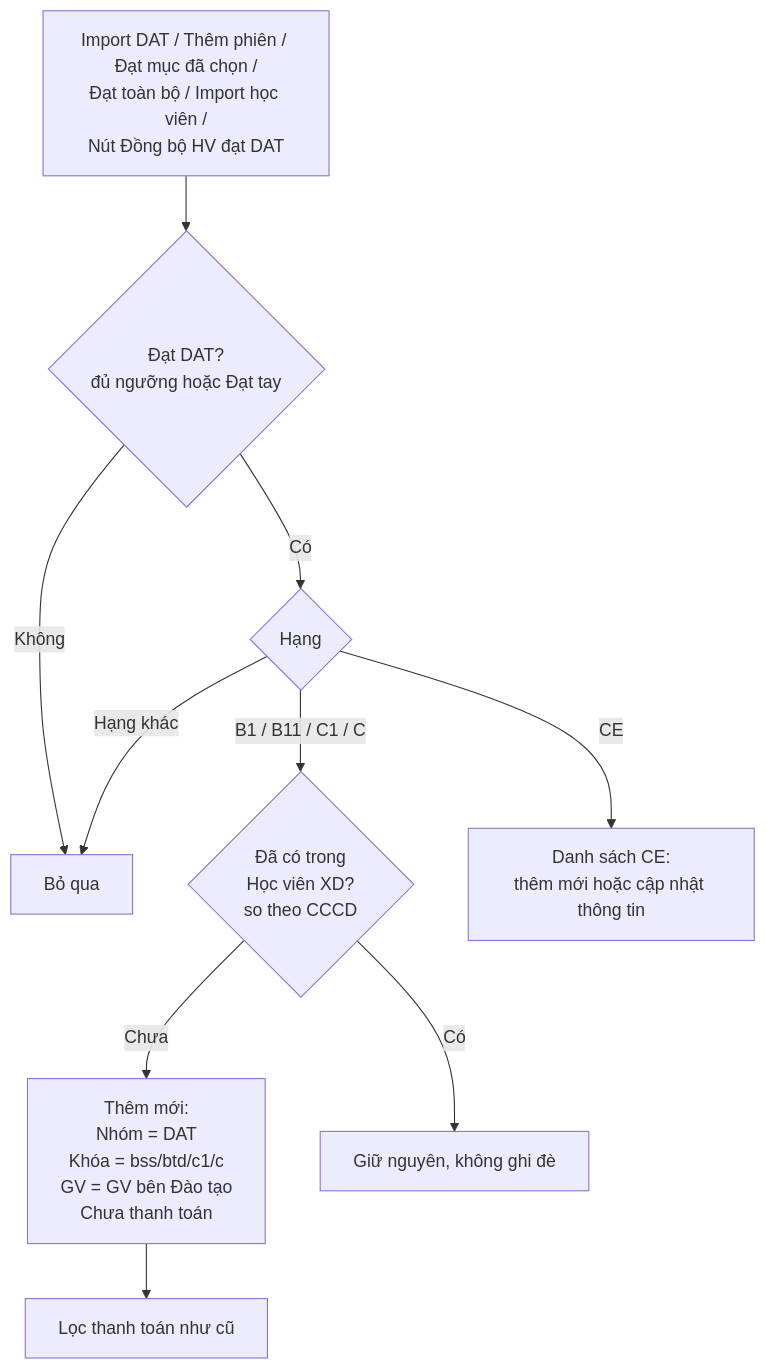
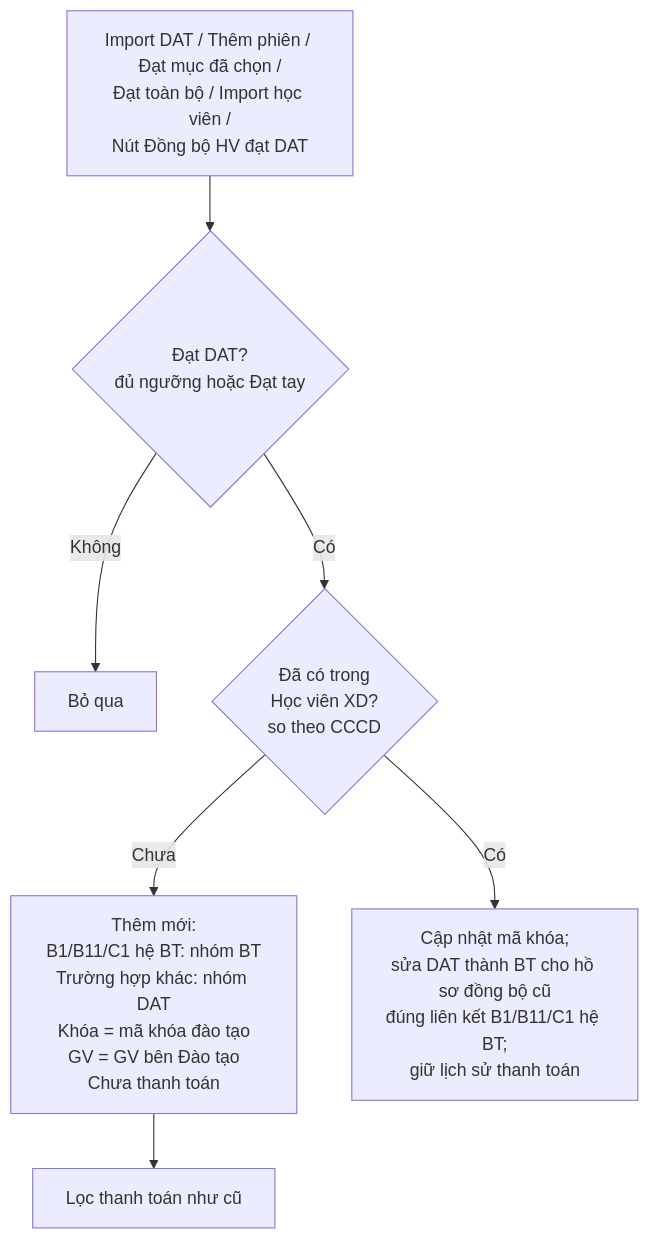
The seventh of 7 diagrams in README-DAOTAO-XANGDAU.md (dragonking1991/daotaolaixebachviet), drawn with Mermaid before and after one commit. The commit also changed other lines of this file and 27 other files, not shown here.

````diff
--- a/README-DAOTAO-XANGDAU.md
+++ b/README-DAOTAO-XANGDAU.md
@@ -293,12 +299,9 @@
 ```mermaid
 flowchart TD
     T[Import DAT / Thêm phiên / Đạt mục đã chọn /<br/>Đạt toàn bộ / Import học viên /<br/>Nút Đồng bộ HV đạt DAT] --> S{Đạt DAT?<br/>đủ ngưỡng hoặc Đạt tay}
     S -- Không --> X[Bỏ qua]
-    S -- Có --> H{Hạng}
-    H -- B1 / B11 / C1 / C --> E{Đã có trong<br/>Học viên XD?<br/>so theo CCCD}
-    E -- Chưa --> N[Thêm mới:<br/>Nhóm = DAT<br/>Khóa = bss/btd/c1/c<br/>GV = GV bên Đào tạo<br/>Chưa thanh toán]
-    E -- Có --> K[Giữ nguyên, không ghi đè]
-    H -- CE --> C[Danh sách CE:<br/>thêm mới hoặc cập nhật thông tin]
-    H -- Hạng khác --> X
+    S -- Có --> E{Đã có trong<br/>Học viên XD?<br/>so theo CCCD}
+    E -- Chưa --> N[Thêm mới:<br/>B1/B11/C1 hệ BT: nhóm BT<br/>Trường hợp khác: nhóm DAT<br/>Khóa = mã khóa đào tạo<br/>GV = GV bên Đào tạo<br/>Chưa thanh toán]
+    E -- Có --> K[Cập nhật mã khóa;<br/>sửa DAT thành BT cho hồ sơ đồng bộ cũ<br/>đúng liên kết B1/B11/C1 hệ BT;<br/>giữ lịch sử thanh toán]
     N --> L[Lọc thanh toán như cũ]
 ```
````
